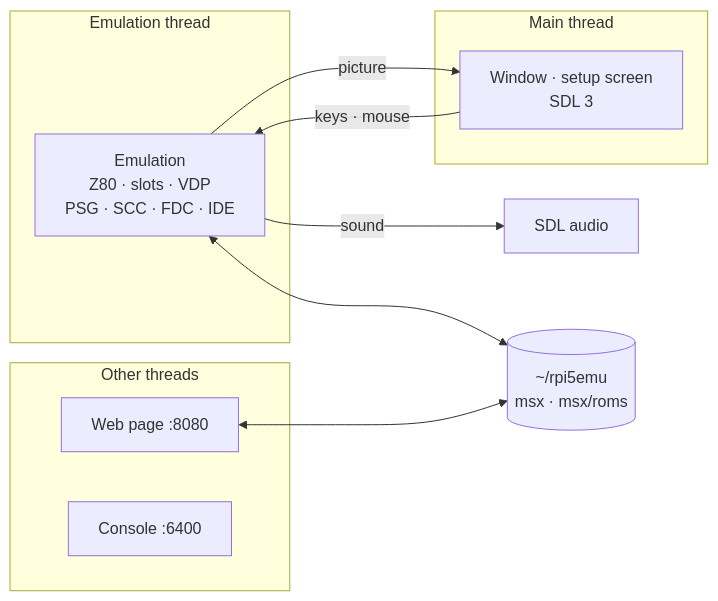
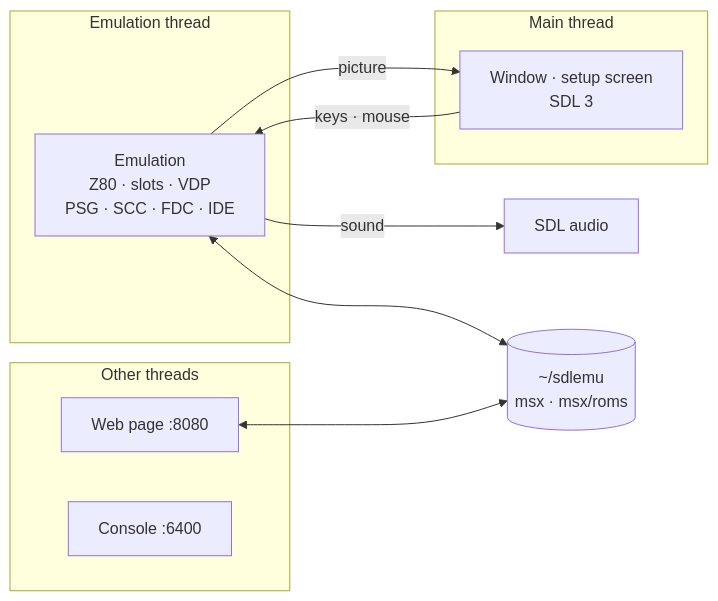
The diagram in README.md (rlucencic/sdlmsx), drawn with Mermaid before and after one commit. The commit also changed other lines of this file and 3 other files, not shown here.

````diff
--- a/README.md
+++ b/README.md
@@ -167,19 +164,19 @@
 ```mermaid
 flowchart LR
   subgraph emu [Emulation thread]
     EMU["Emulation<br>Z80 · slots · VDP<br>PSG · SCC · FDC · IDE"]
   end
   subgraph main [Main thread]
     WIN["Window · setup screen<br>SDL 3"]
   end
   subgraph others [Other threads]
     WEB[Web page :8080]
     CON[Console :6400]
   end
   EMU -- picture --> WIN
   EMU -- sound --> SND[SDL audio]
   WIN -- keys · mouse --> EMU
-  DATA[("~/rpi5emu<br>msx · msx/roms")]
+  DATA[("~/sdlemu<br>msx · msx/roms")]
   EMU <--> DATA
   WEB <--> DATA
 ```
````
